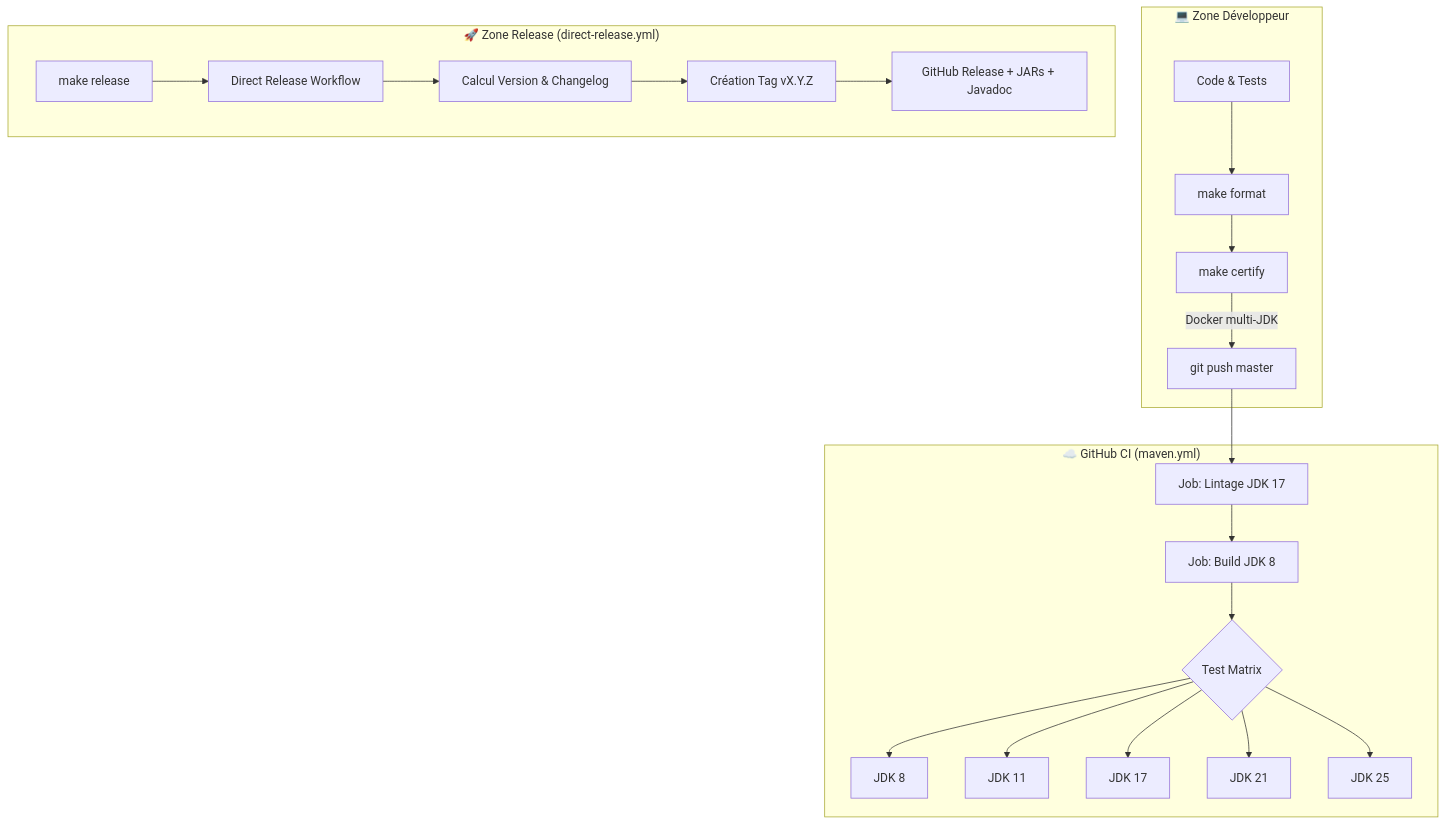
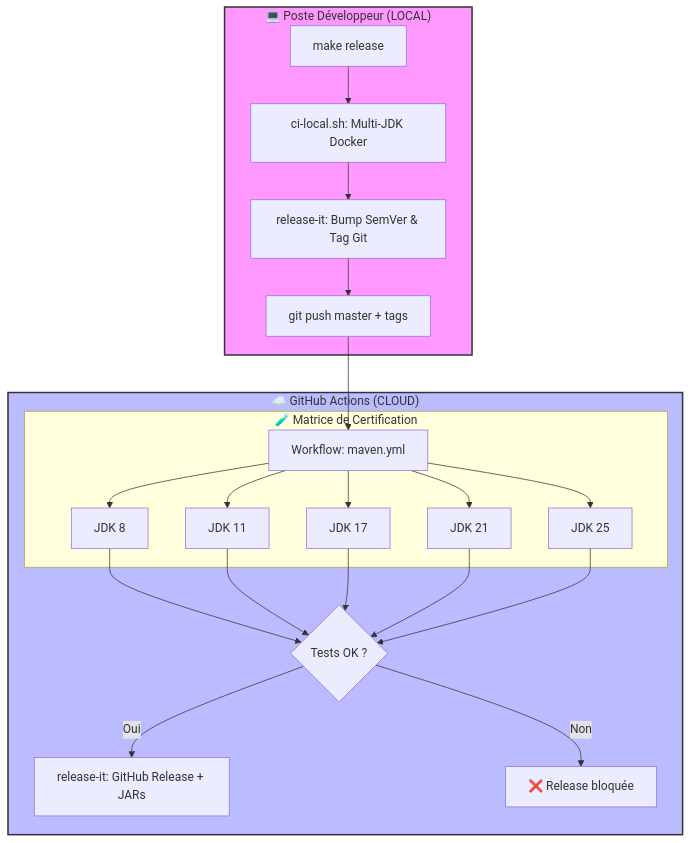
One commit to Q300Z/scribejava changed the first of 2 diagrams in docs/CI_DOCUMENTATION.md. Above: the diagram before and after it, drawn with Mermaid. The commit also changed other lines of this file and 7 other files, not shown here.

First line of the commit message:
chore(ci): implement zero-touch release flow with release-it

````diff
--- a/docs/CI_DOCUMENTATION.md
+++ b/docs/CI_DOCUMENTATION.md
@@ -11,26 +11,26 @@
 ```mermaid
 graph TD
-    subgraph "💻 Zone Développeur"
-        Dev[Code & Tests] --> Format[make format]
-        Format --> CertLocal[make certify]
-        CertLocal -- "Docker multi-JDK" --> Push[git push master]
+    subgraph Local ["💻 Poste Développeur (LOCAL)"]
+        Trigger[make release] --> CertPre[ci-local.sh: Multi-JDK Docker]
+        CertPre --> Bump[release-it: Bump SemVer & Tag Git]
+        Bump --> Push[git push master + tags]
     end
 
-    subgraph "☁️ GitHub CI (maven.yml)"
-        Push --> Lint[Job: Lintage JDK 17]
-        Lint --> Build[Job: Build JDK 8]
-        Build --> TestMatrix{Test Matrix}
-        TestMatrix --> JDK8[JDK 8]
-        TestMatrix --> JDK11[JDK 11]
-        TestMatrix --> JDK17[JDK 17]
-        TestMatrix --> JDK21[JDK 21]
-        TestMatrix --> JDK25[JDK 25]
+    subgraph Cloud ["☁️ GitHub Actions (CLOUD)"]
+        Push --> MavenCI[Workflow: maven.yml]
+        subgraph "🧪 Matrice de Certification"
+            MavenCI --> JDK8[JDK 8]
+            MavenCI --> JDK11[JDK 11]
+            MavenCI --> JDK17[JDK 17]
+            MavenCI --> JDK21[JDK 21]
+            MavenCI --> JDK25[JDK 25]
+        end
+        
+        JDK8 & JDK11 & JDK17 & JDK21 & JDK25 --> Success{Tests OK ?}
+        Success -- Oui --> Publish[release-it: GitHub Release + JARs]
+        Success -- Non --> Abort[❌ Release bloquée]
     end
 
-    subgraph "🚀 Zone Release (direct-release.yml)"
-        Trigger[make release] --> GH_Workflow[Direct Release Workflow]
-        GH_Workflow --> Calc[Calcul Version & Changelog]
-        Calc --> Tag[Création Tag vX.Y.Z]
-        Tag --> FinalRelease[GitHub Release + JARs + Javadoc]
-    end
+    style Local fill:#f9f,stroke:#333,stroke-width:2px
+    style Cloud fill:#bbf,stroke:#333,stroke-width:2px
 ```
````
